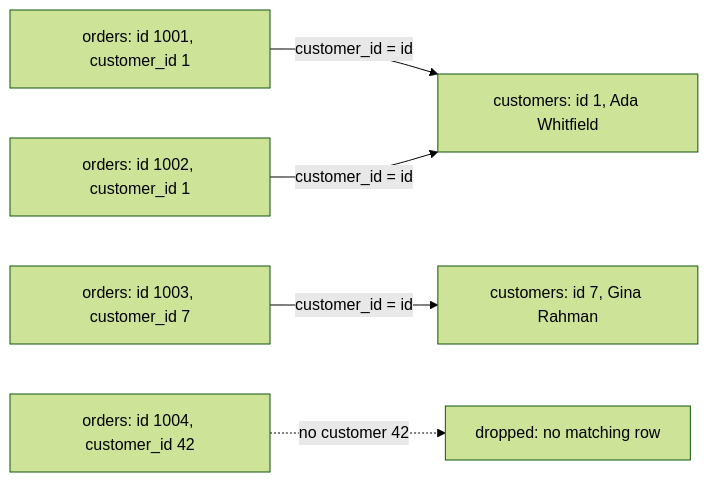
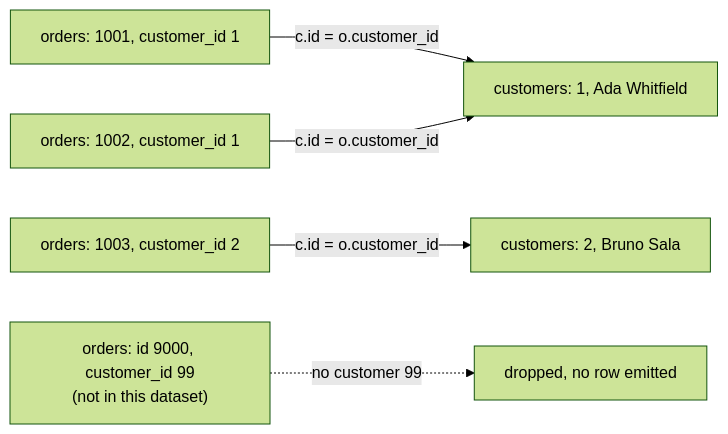
The diagram in web/src/data/content/j1.md (theakhandpatel/querycraft), drawn with Mermaid (forest theme) before and after one commit. The commit also changed other lines of this file and 61 other files, not shown here.

````diff
--- a/web/src/data/content/j1.md
+++ b/web/src/data/content/j1.md
@@ -33,7 +127,7 @@
 ```mermaid
 flowchart LR
-    O1["orders: id 1001, customer_id 1"] -->|customer_id = id| C1["customers: id 1, Ada Whitfield"]
-    O2["orders: id 1002, customer_id 1"] -->|customer_id = id| C1
-    O3["orders: id 1003, customer_id 7"] -->|customer_id = id| C2["customers: id 7, Gina Rahman"]
-    O4["orders: id 1004, customer_id 42"] -. no customer 42 .-> D["dropped: no matching row"]
+    O1["orders: 1001, customer_id 1"] -->|c.id = o.customer_id| C1["customers: 1, Ada Whitfield"]
+    O2["orders: 1002, customer_id 1"] -->|c.id = o.customer_id| C1
+    O3["orders: 1003, customer_id 2"] -->|c.id = o.customer_id| C2["customers: 2, Bruno Sala"]
+    O4["orders: id 9000, customer_id 99<br/>(not in this dataset)"] -. no customer 99 .-> D["dropped, no row emitted"]
 ```
````
